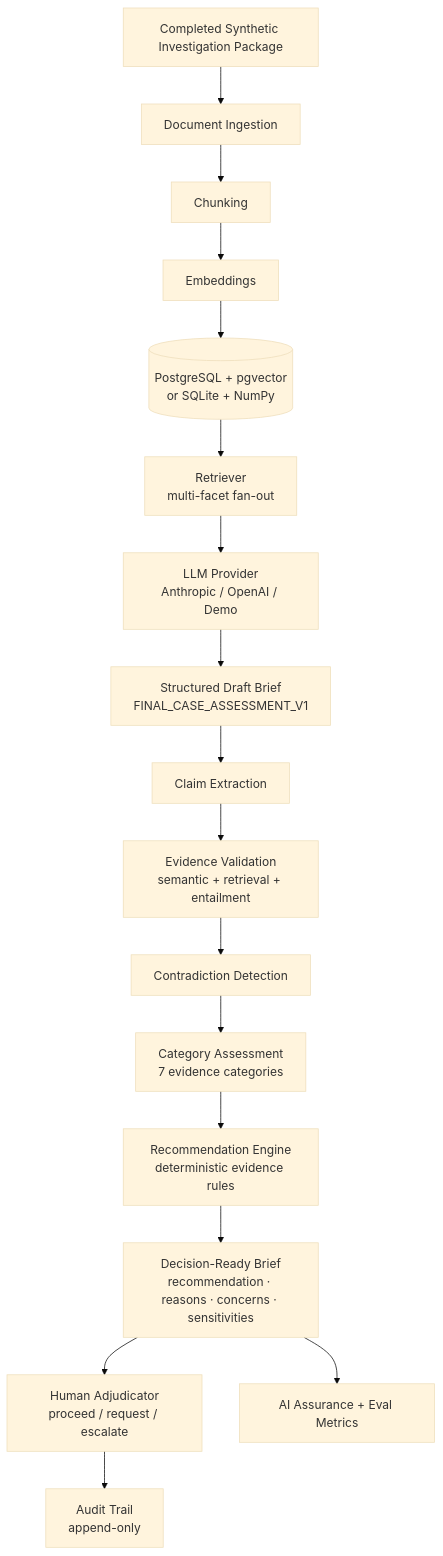
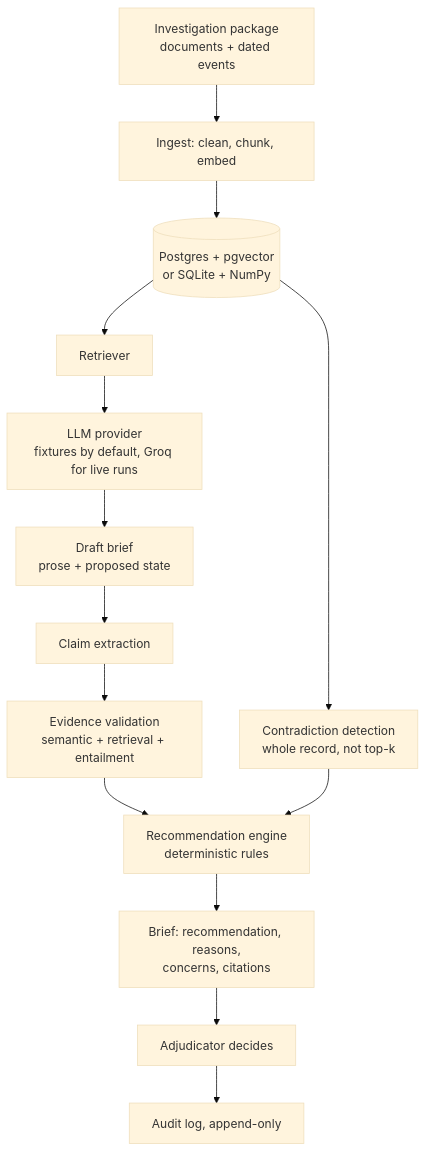
Before and after one commit to rohanbm123/MissionTrustAI: the diagram in README.md, drawn with Mermaid (base theme). The commit also changed other lines of this file, not shown here.

First line of the commit message:
Rewrite README; correct architecture and stale figures

````diff
--- a/README.md
+++ b/README.md
@@ -121,19 +38,16 @@
 ```mermaid
 flowchart TD
-    A[Completed Synthetic Investigation Package] --> B[Document Ingestion]
-    B --> C[Chunking]
-    C --> D[Embeddings]
-    D --> E[(PostgreSQL + pgvector<br/>or SQLite + NumPy)]
-    E --> F[Retriever<br/>multi-facet fan-out]
-    F --> G[LLM Provider<br/>Anthropic / OpenAI / Demo]
-    G --> H[Structured Draft Brief<br/>FINAL_CASE_ASSESSMENT_V1]
-    H --> I[Claim Extraction]
-    I --> J[Evidence Validation<br/>semantic + retrieval + entailment]
-    J --> K[Contradiction Detection]
-    K --> L[Category Assessment<br/>7 evidence categories]
-    L --> M[Recommendation Engine<br/>deterministic evidence rules]
-    M --> N[Decision-Ready Brief<br/>recommendation · reasons · concerns · sensitivities]
-    N --> O[Human Adjudicator<br/>proceed / request / escalate]
-    O --> P[Audit Trail<br/>append-only]
-    N --> Q[AI Assurance + Eval Metrics]
+    A[Investigation package<br/>documents + dated events] --> B[Ingest: clean, chunk, embed]
+    B --> C[(Postgres + pgvector<br/>or SQLite + NumPy)]
+    C --> D[Retriever]
+    D --> E[LLM provider<br/>fixtures by default, Groq for live runs]
+    E --> F[Draft brief<br/>prose + proposed state]
+    F --> G[Claim extraction]
+    G --> H[Evidence validation<br/>semantic + retrieval + entailment]
+    C --> I[Contradiction detection<br/>whole record, not top-k]
+    H --> J[Recommendation engine<br/>deterministic rules]
+    I --> J
+    J --> K[Brief: recommendation, reasons,<br/>concerns, citations]
+    K --> L[Adjudicator decides]
+    L --> M[Audit log, append-only]
 ```
````
